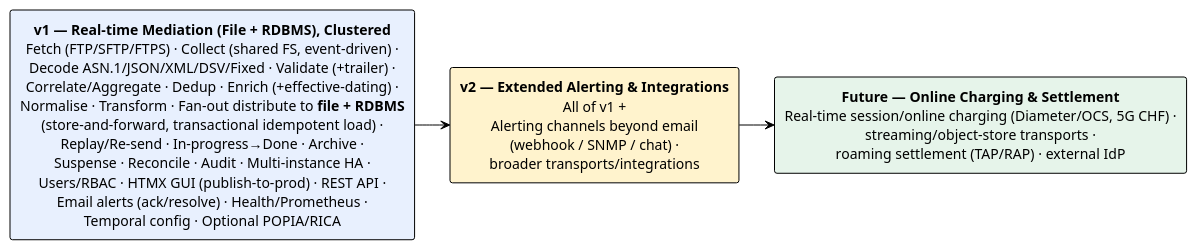
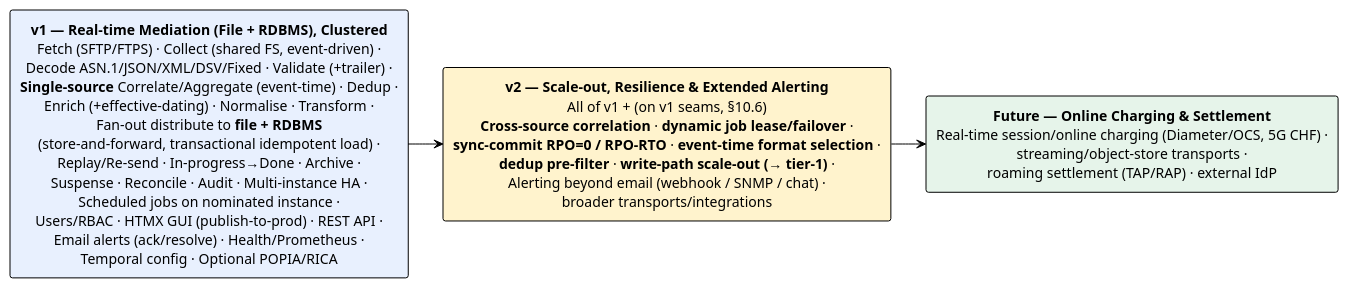
The diagram in docs/brs/10-roadmap.md (pgvanniekerk/baasparse), drawn with PlantUML before and after one commit. The commit also changed other lines of this file and 10 other files, not shown here.

First line of the commit message:
docs(brs): refine BRS from gap review; defer scale items to v2 with seams

````diff
--- a/docs/brs/10-roadmap.md
+++ b/docs/brs/10-roadmap.md
@@ -7,15 +7,15 @@
 ```plantuml
 @startuml roadmap
 !theme plain
 skinparam defaultTextAlignment center
 
-rectangle "**v1 — Real-time Mediation (File + RDBMS), Clustered**\nFetch (FTP/SFTP/FTPS) · Collect (shared FS, event-driven) ·\nDecode ASN.1/JSON/XML/DSV/Fixed · Validate (+trailer) ·\nCorrelate/Aggregate · Dedup · Enrich (+effective-dating) ·\nNormalise · Transform · Fan-out distribute to **file + RDBMS**\n(store-and-forward, transactional idempotent load) ·\nReplay/Re-send · In-progress→Done · Archive ·\nSuspense · Reconcile · Audit · Multi-instance HA ·\nUsers/RBAC · HTMX GUI (publish-to-prod) · REST API ·\nEmail alerts (ack/resolve) · Health/Prometheus ·\nTemporal config · Optional POPIA/RICA" as V1 #E8F0FE
+rectangle "**v1 — Real-time Mediation (File + RDBMS), Clustered**\nFetch (SFTP/FTPS) · Collect (shared FS, event-driven) ·\nDecode ASN.1/JSON/XML/DSV/Fixed · Validate (+trailer) ·\n**Single-source** Correlate/Aggregate (event-time) · Dedup ·\nEnrich (+effective-dating) · Normalise · Transform ·\nFan-out distribute to **file + RDBMS**\n(store-and-forward, transactional idempotent load) ·\nReplay/Re-send · In-progress→Done · Archive ·\nSuspense · Reconcile · Audit · Multi-instance HA ·\nScheduled jobs on nominated instance ·\nUsers/RBAC · HTMX GUI (publish-to-prod) · REST API ·\nEmail alerts (ack/resolve) · Health/Prometheus ·\nTemporal config · Optional POPIA/RICA" as V1 #E8F0FE
 
-rectangle "**v2 — Extended Alerting & Integrations**\nAll of v1 +\nAlerting channels beyond email\n(webhook / SNMP / chat) ·\nbroader transports/integrations" as V2 #FFF3CD
+rectangle "**v2 — Scale-out, Resilience & Extended Alerting**\nAll of v1 + (on v1 seams, §10.6)\n**Cross-source correlation** · **dynamic job lease/failover** ·\n**sync-commit RPO=0 / RPO-RTO** · **event-time format selection** ·\n**dedup pre-filter** · **write-path scale-out (→ tier-1)** ·\nAlerting beyond email (webhook / SNMP / chat) ·\nbroader transports/integrations" as V2 #FFF3CD
 
 rectangle "**Future — Online Charging & Settlement**\nReal-time session/online charging (Diameter/OCS, 5G CHF) ·\nstreaming/object-store transports ·\nroaming settlement (TAP/RAP) · external IdP" as VF #E6F4EA
 
 V1 -right-> V2
 V2 -right-> VF
 @enduml
 ```
````
